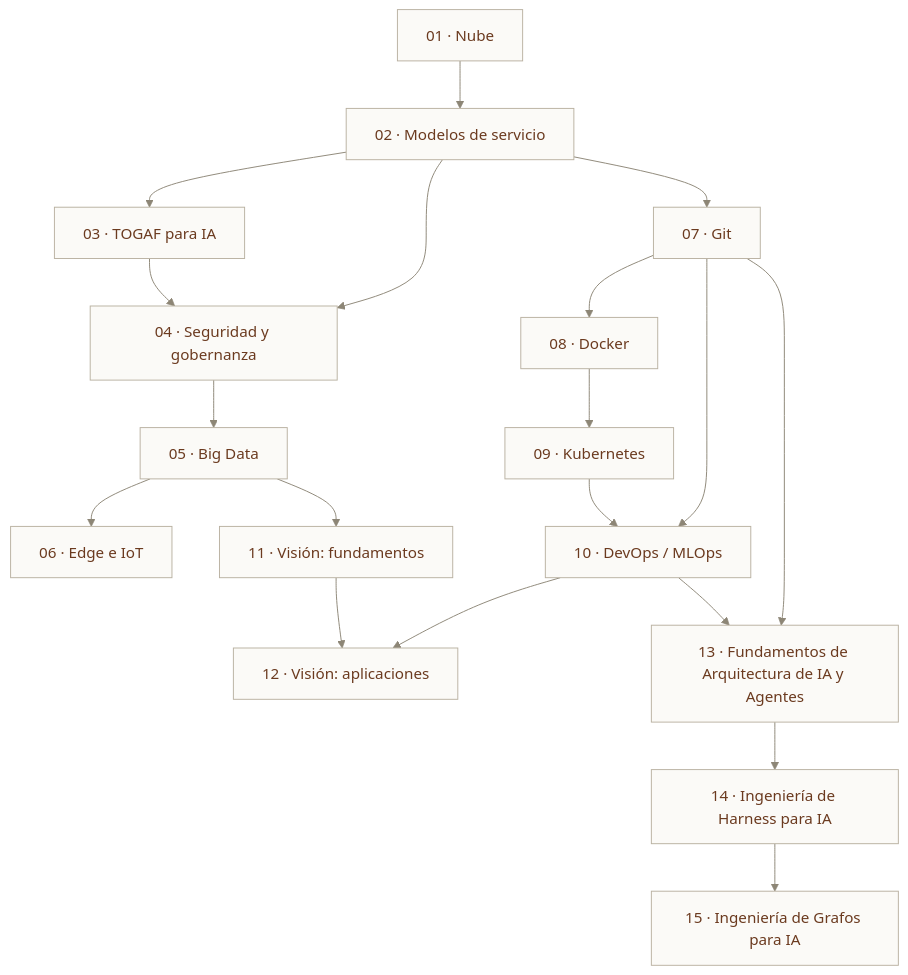
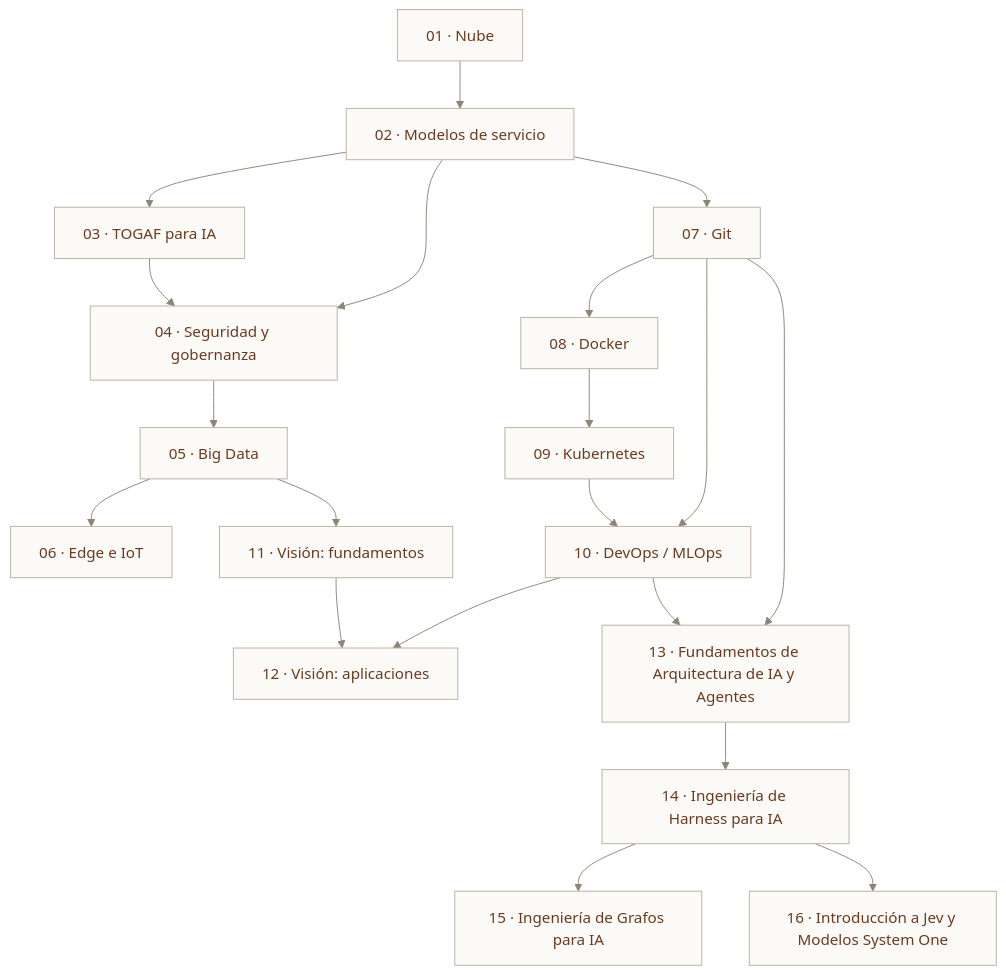
One commit to danielxxi/cloud-and-IA-para-todos changed the first of 2 diagrams in docs/ruta.md. Above: the diagram before and after it, drawn with Mermaid. The commit also changed other lines of this file and 3 other files, not shown here.

First line of the commit message:
Agregar módulo 16: Introducción a Jev y Modelos System One

````diff
--- a/docs/ruta.md
+++ b/docs/ruta.md
@@ -7,23 +7,24 @@
 ```mermaid
 %%{init:{"theme":"base","themeVariables":{"fontFamily":"Inter, sans-serif","darkMode":false,"background":"#f3f1ec","mainBkg":"#fbfaf7","primaryColor":"#fbfaf7","primaryTextColor":"#6b3a1f","primaryBorderColor":"#b9b1a1","secondaryColor":"#ead9ba","secondaryTextColor":"#6b3a1f","secondaryBorderColor":"#b9b1a1","tertiaryColor":"#c2d4cb","tertiaryTextColor":"#6b3a1f","tertiaryBorderColor":"#b9b1a1","lineColor":"#8d8676","textColor":"#6b3a1f","nodeTextColor":"#6b3a1f","nodeBorder":"#b9b1a1","labelTextColor":"#6b3a1f","titleColor":"#6b3a1f","edgeLabelBackground":"#f3f1ec","clusterBkg":"#efece4","clusterBorder":"#d8d2c6","cScale0":"#e2a98c","cScaleLabel0":"#6b3a1f","cScale1":"#bdb6e6","cScaleLabel1":"#6b3a1f","cScale2":"#e8d9b6","cScaleLabel2":"#6b3a1f","cScale3":"#b5d0c3","cScaleLabel3":"#6b3a1f","cScale4":"#e6cfc0","cScaleLabel4":"#6b3a1f","cScale5":"#cddcea","cScaleLabel5":"#6b3a1f"}}}%%
 flowchart TB
     M01["01 · Nube"] --> M02["02 · Modelos de servicio"]
     M02 --> M03["03 · TOGAF para IA"]
     M02 --> M04["04 · Seguridad y gobernanza"]
     M03 --> M04
     M04 --> M05["05 · Big Data"]
     M05 --> M06["06 · Edge e IoT"]
     M02 --> M07["07 · Git"]
     M07 --> M08["08 · Docker"]
     M08 --> M09["09 · Kubernetes"]
     M07 --> M10["10 · DevOps / MLOps"]
     M09 --> M10
     M05 --> M11["11 · Visión: fundamentos"]
     M11 --> M12["12 · Visión: aplicaciones"]
     M10 --> M12
     M07 --> M13["13 · Fundamentos de Arquitectura de IA y Agentes"]
     M10 --> M13
     M13 --> M14["14 · Ingeniería de Harness para IA"]
     M14 --> M15["15 · Ingeniería de Grafos para IA"]
+    M14 --> M16["16 · Introducción a Jev y Modelos System One"]
     classDef default fill:#fbfaf7,stroke:#b9b1a1,stroke-width:1px,color:#6b3a1f;
 ```
````
